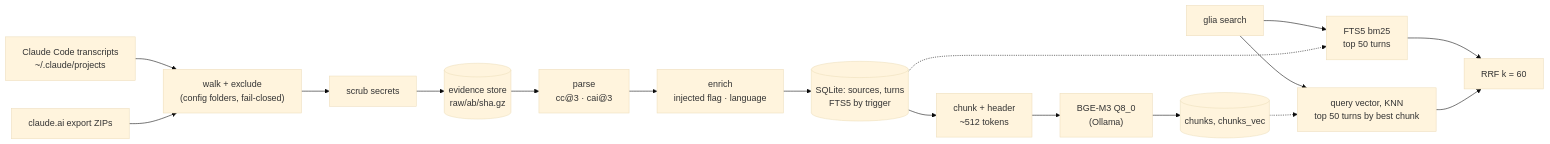
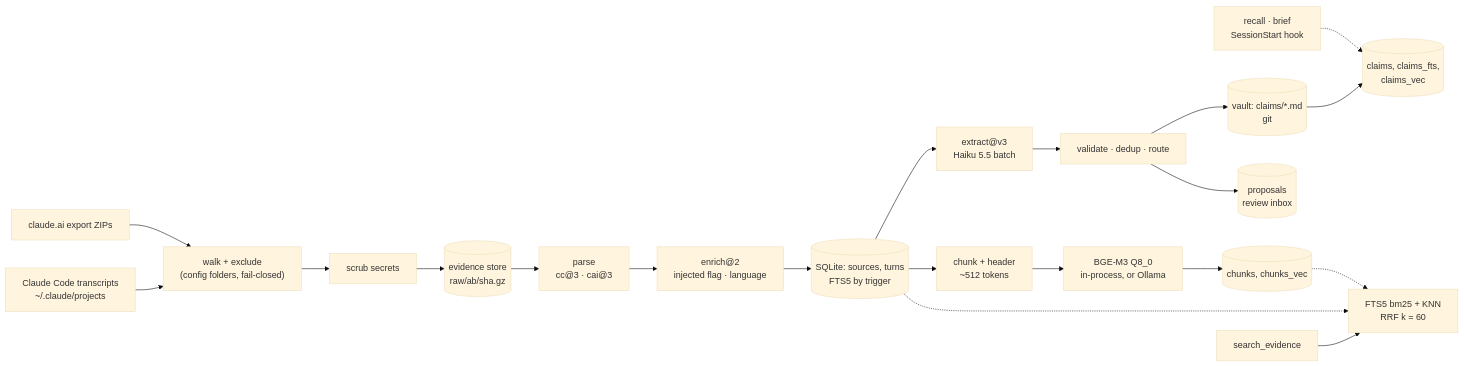
The diagram in docs/algorithm.md (Galaxymak1/glia), drawn with Mermaid (base theme) before and after one commit. The commit also changed other lines of this file, not shown here.

Commit message:
docs/algorithm.md: Phase 1 claims, review and serving; packaging daemon and setup; current versions

````diff
--- a/docs/algorithm.md
+++ b/docs/algorithm.md
@@ -7,19 +7,22 @@
 ```mermaid
 flowchart LR
   A["Claude Code transcripts<br/>~/.claude/projects"] --> W["walk + exclude<br/>(config folders, fail-closed)"]
   B["claude.ai export ZIPs"] --> W
   W --> S["scrub secrets"]
   S --> E[("evidence store<br/>raw/ab/sha.gz")]
   E --> P["parse<br/>cc@3 · cai@3"]
-  P --> N["enrich<br/>injected flag · language"]
+  P --> N["enrich@2<br/>injected flag · language"]
   N --> T[("SQLite: sources, turns<br/>FTS5 by trigger")]
   T --> C["chunk + header<br/>~512 tokens"]
-  C --> O["BGE-M3 Q8_0<br/>(Ollama)"]
+  C --> O["BGE-M3 Q8_0<br/>in-process, or Ollama"]
   O --> V[("chunks, chunks_vec")]
-  Q["glia search"] --> F["FTS5 bm25<br/>top 50 turns"]
-  Q --> K["query vector, KNN<br/>top 50 turns by best chunk"]
+  T --> X["extract@v3<br/>Haiku 5.5 batch"]
+  X --> L["validate · dedup · route"]
+  L --> G[("vault: claims/*.md<br/>git")]
+  L --> I[("proposals<br/>review inbox")]
+  G --> CI[("claims, claims_fts,<br/>claims_vec")]
+  Q["search_evidence"] --> F["FTS5 bm25 + KNN<br/>RRF k = 60"]
   T -.-> F
-  V -.-> K
-  F --> R["RRF k = 60"]
-  K --> R
+  V -.-> F
+  R["recall · brief<br/>SessionStart hook"] -.-> CI
 ```
````
